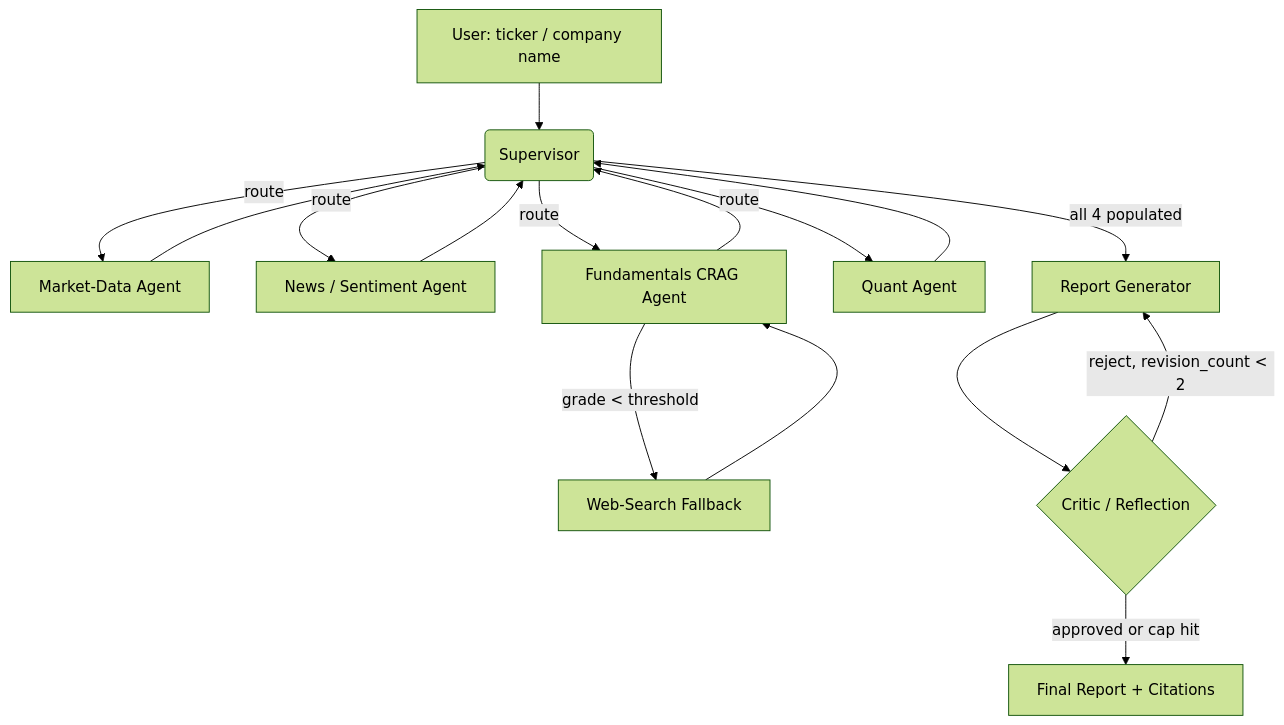
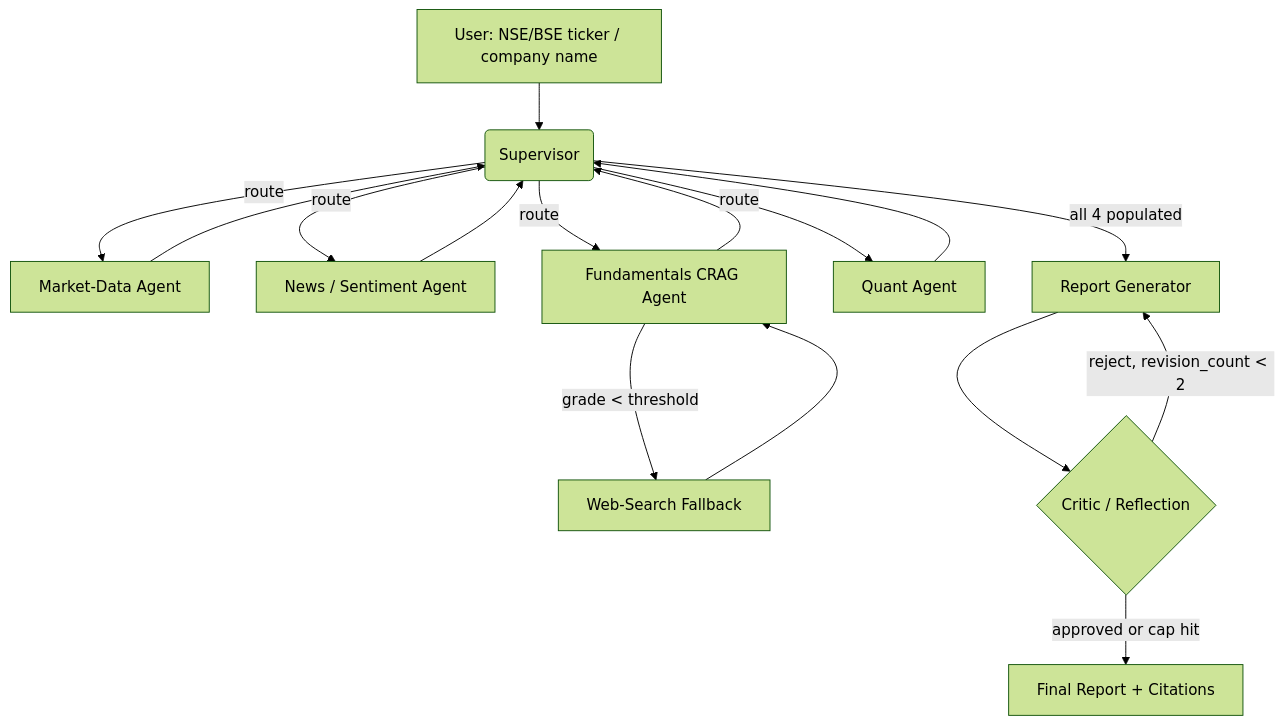
Before and after one commit to shrey1409/Multiple-AI-Agents-Projects: the diagram in projects/01-multi-agent-financial-research-analyst/PLAN.md, drawn with Mermaid (forest theme). The commit also changed other lines of this file and 27 other files, not shown here.

````diff
--- a/projects/01-multi-agent-financial-research-analyst/PLAN.md
+++ b/projects/01-multi-agent-financial-research-analyst/PLAN.md
@@ -20,18 +22,18 @@
 ```mermaid
 flowchart TD
-    U["User: ticker / company name"] --> S(Supervisor)
+    U["User: NSE/BSE ticker / company name"] --> S(Supervisor)
     S -->|route| MD[Market-Data Agent]
     S -->|route| NS[News / Sentiment Agent]
     S -->|route| FR[Fundamentals CRAG Agent]
     S -->|route| QA[Quant Agent]
     MD --> S
     NS --> S
     FR -->|grade < threshold| WS[Web-Search Fallback]
     WS --> FR
     FR --> S
     QA --> S
     S -->|all 4 populated| RG[Report Generator]
     RG --> CR{Critic / Reflection}
     CR -->|reject, revision_count < 2| RG
     CR -->|approved or cap hit| OUT["Final Report + Citations"]
 ```
````
